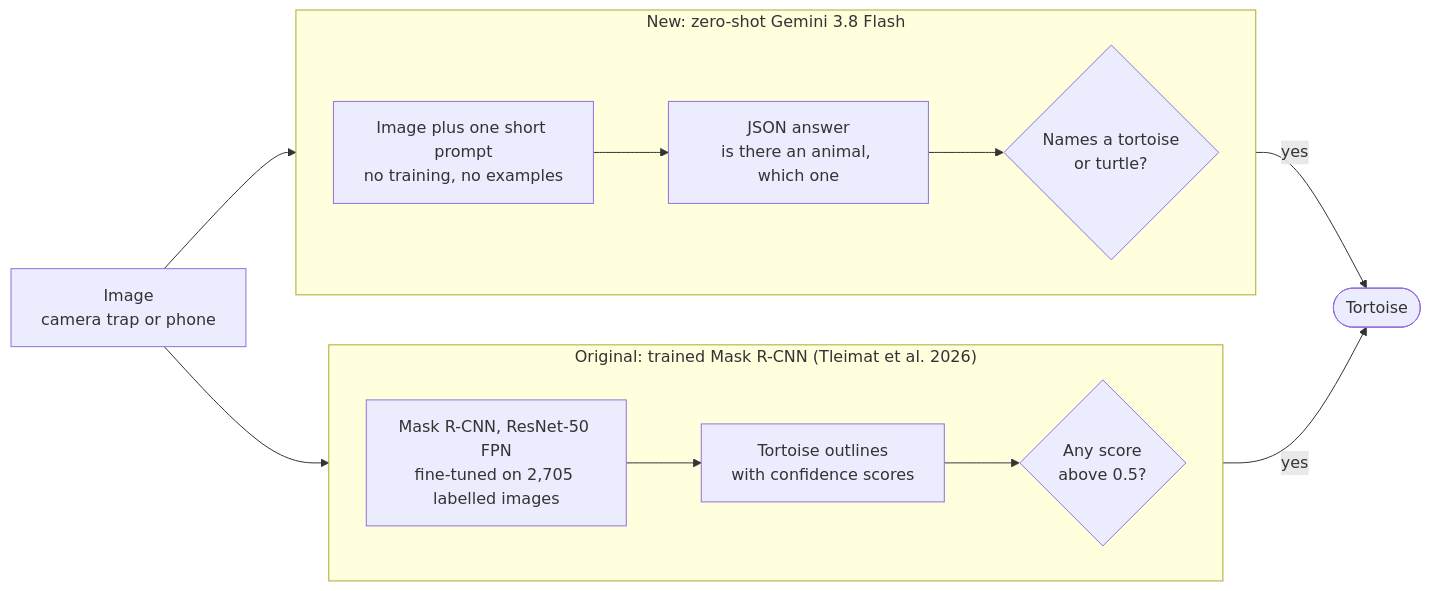
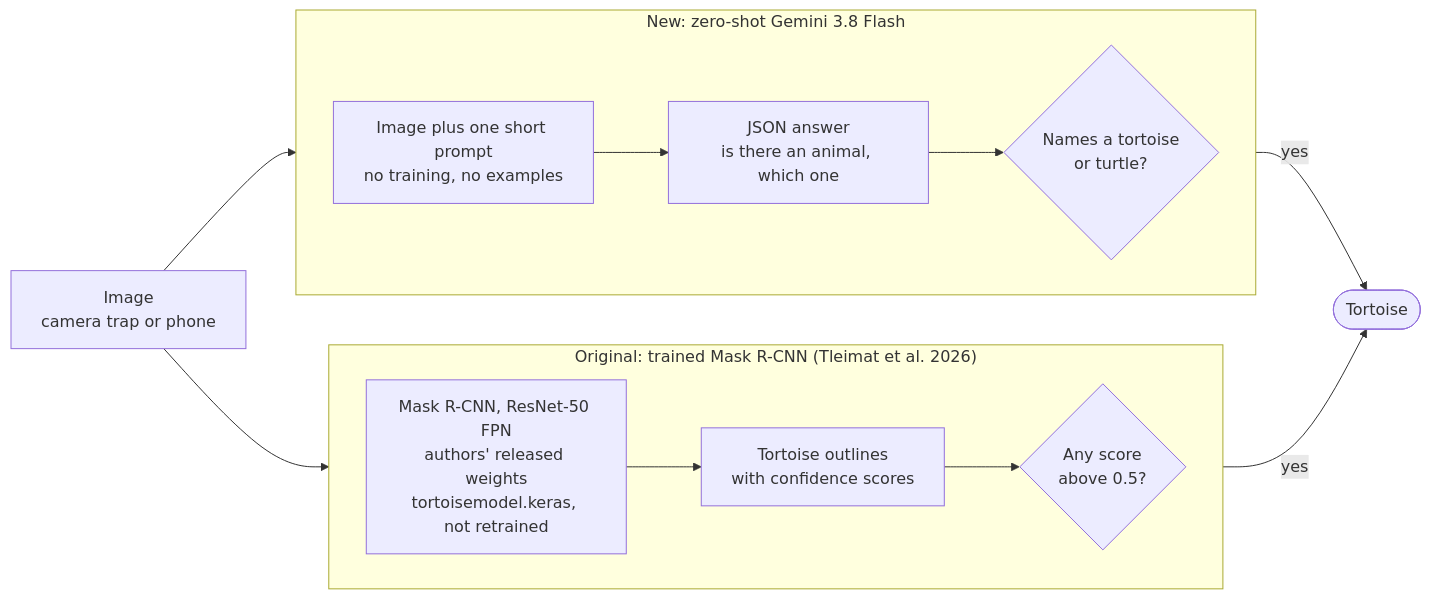
The diagram in README.md (csekharan/tortoise-predictor), drawn with Mermaid before and after one commit. The commit also changed other lines of this file, not shown here.

````diff
--- a/README.md
+++ b/README.md
@@ -27,16 +33,16 @@
 ```mermaid
 flowchart LR
     img["Image<br/>camera trap or phone"]
     subgraph og ["Original: trained Mask R-CNN (Tleimat et al. 2026)"]
         direction LR
-        m1["Mask R-CNN, ResNet-50 FPN<br/>fine-tuned on 2,705 labelled images"] --> m2["Tortoise outlines<br/>with confidence scores"] --> m3{"Any score<br/>above 0.5?"}
+        m1["Mask R-CNN, ResNet-50 FPN<br/>authors' released weights<br/>tortoisemodel.keras, not retrained"] --> m2["Tortoise outlines<br/>with confidence scores"] --> m3{"Any score<br/>above 0.5?"}
     end
     subgraph new ["New: zero-shot Gemini 3.8 Flash"]
         direction LR
         g1["Image plus one short prompt<br/>no training, no examples"] --> g2["JSON answer<br/>is there an animal, which one"] --> g3{"Names a tortoise<br/>or turtle?"}
     end
     img --> m1
     img --> g1
     m3 -- yes --> t(["Tortoise"])
     g3 -- yes --> t
 ```
````
